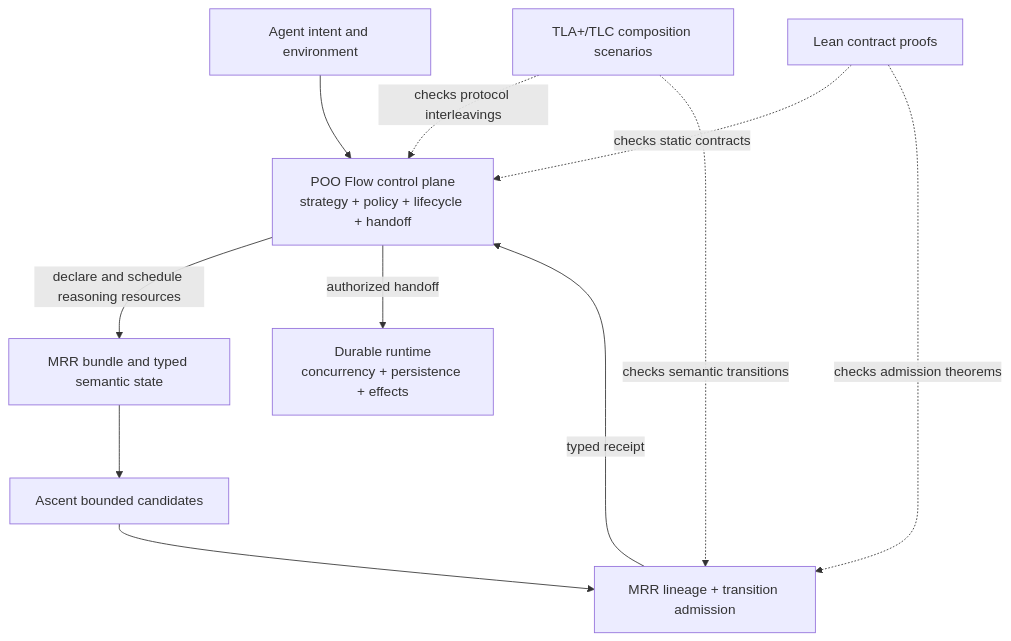
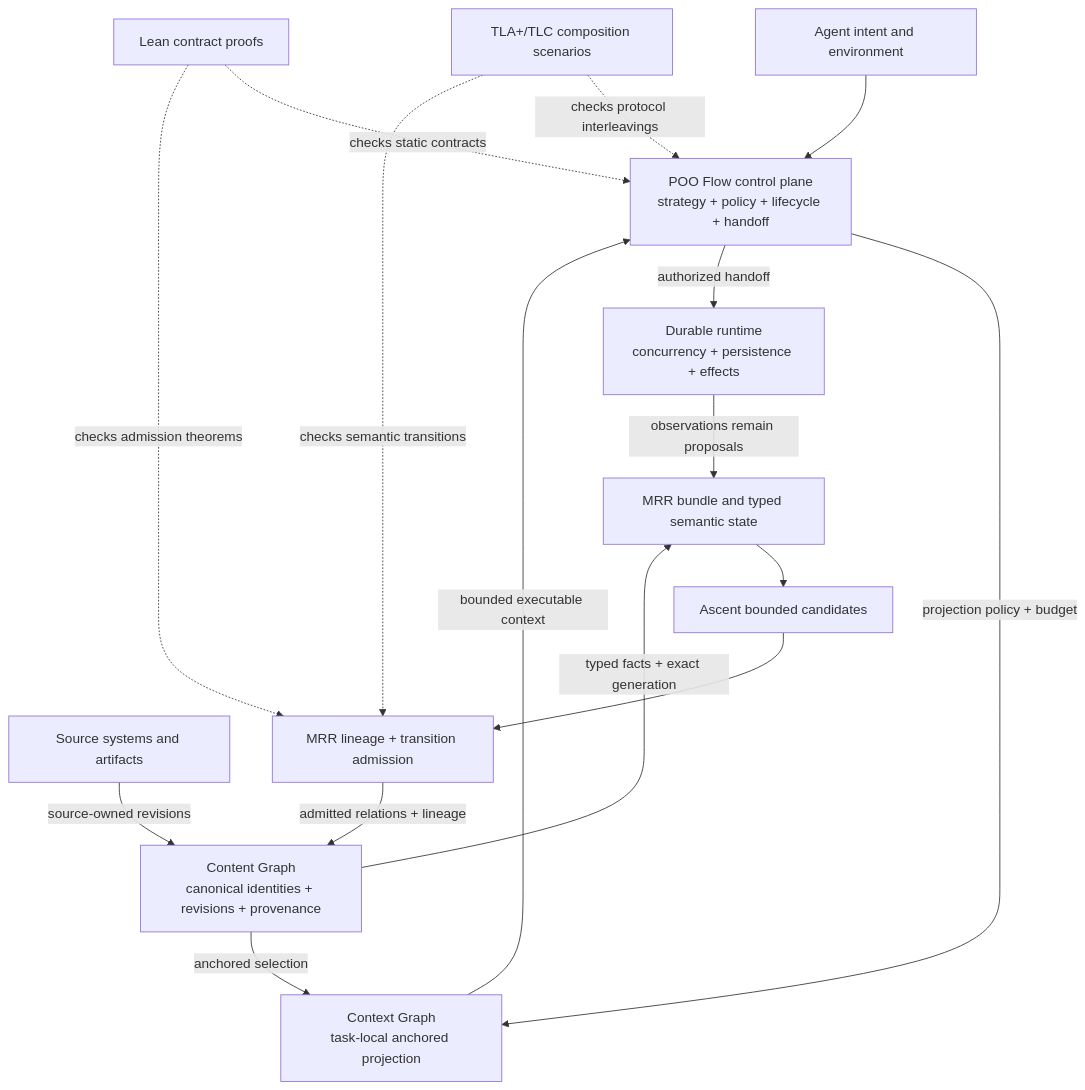
Before and after one commit to tao3k/meta-relational-reasoning: the diagram in docs/architecture/0025-poo-flow-mrr-agent-assurance.org, drawn with Mermaid. The commit also changed other lines of this file and 2 other files, not shown here.

Commit message:
docs: anchor context engineering in canonical content

```diff
--- a/docs/architecture/0025-poo-flow-mrr-agent-assurance.org
+++ b/docs/architecture/0025-poo-flow-mrr-agent-assurance.org
@@ -30,22 +136,30 @@
 #+begin_src mermaid
 flowchart TD
   U[Agent intent and environment]
+  S[Source systems and artifacts]
+  C[Content Graph<br/>canonical identities + revisions + provenance]
+  X[Context Graph<br/>task-local anchored projection]
   P[POO Flow control plane<br/>strategy + policy + lifecycle + handoff]
   B[MRR bundle and typed semantic state]
   A[Ascent bounded candidates]
   M[MRR lineage + transition admission]
   R[Durable runtime<br/>concurrency + persistence + effects]
   V[TLA+/TLC composition scenarios]
   L[Lean contract proofs]
 
-  U --> P
-  P -->|declare and schedule reasoning resources| B
+  S -->|source-owned revisions| C
+  C -->|typed facts + exact generation| B
   B --> A
   A --> M
-  M -->|typed receipt| P
+  M -->|admitted relations + lineage| C
+  U --> P
+  P -->|projection policy + budget| X
+  C -->|anchored selection| X
+  X -->|bounded executable context| P
   P -->|authorized handoff| R
+  R -->|observations remain proposals| B
   V -. checks protocol interleavings .-> P
   V -. checks semantic transitions .-> M
   L -. checks static contracts .-> P
   L -. checks admission theorems .-> M
 #+end_src
```
